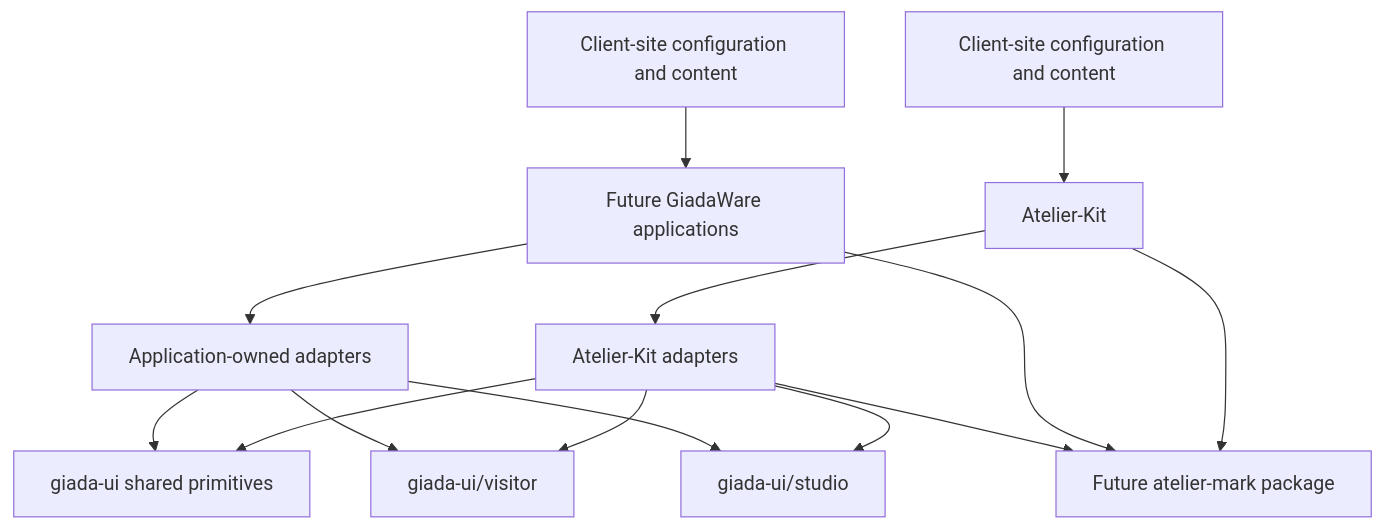
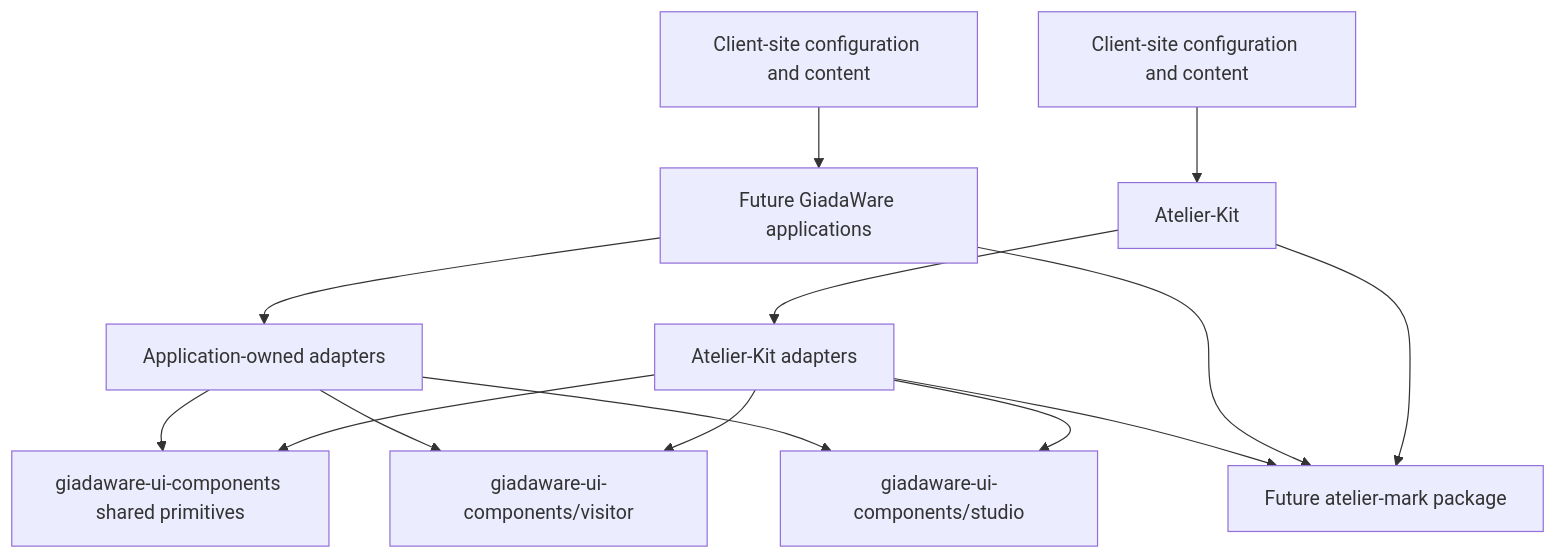
The diagram in docs/architecture/giada-ui-boundaries.md (gcomneno/atelier-kit), drawn with Mermaid before and after one commit. The commit also changed other lines of this file and 1 other file, not shown here.

Commit message:
docs: adopt private giadaware-ui-components identity (#166)

````diff
--- a/docs/architecture/giada-ui-boundaries.md
+++ b/docs/architecture/giada-ui-boundaries.md
@@ -78,16 +79,16 @@
 ```mermaid
 flowchart TD
   C[Client-site configuration and content] --> AK[Atelier-Kit]
   C2[Client-site configuration and content] --> GA[Future GiadaWare applications]
   AK --> AA[Atelier-Kit adapters]
   GA --> OA[Application-owned adapters]
-  AA --> UI[giada-ui shared primitives]
-  AA --> V[giada-ui/visitor]
-  AA --> S[giada-ui/studio]
+  AA --> UI[giadaware-ui-components shared primitives]
+  AA --> V[giadaware-ui-components/visitor]
+  AA --> S[giadaware-ui-components/studio]
   OA --> UI
   OA --> V
   OA --> S
   AK --> AM[Future atelier-mark package]
   GA --> AM
   AA --> AM
 ```
````
